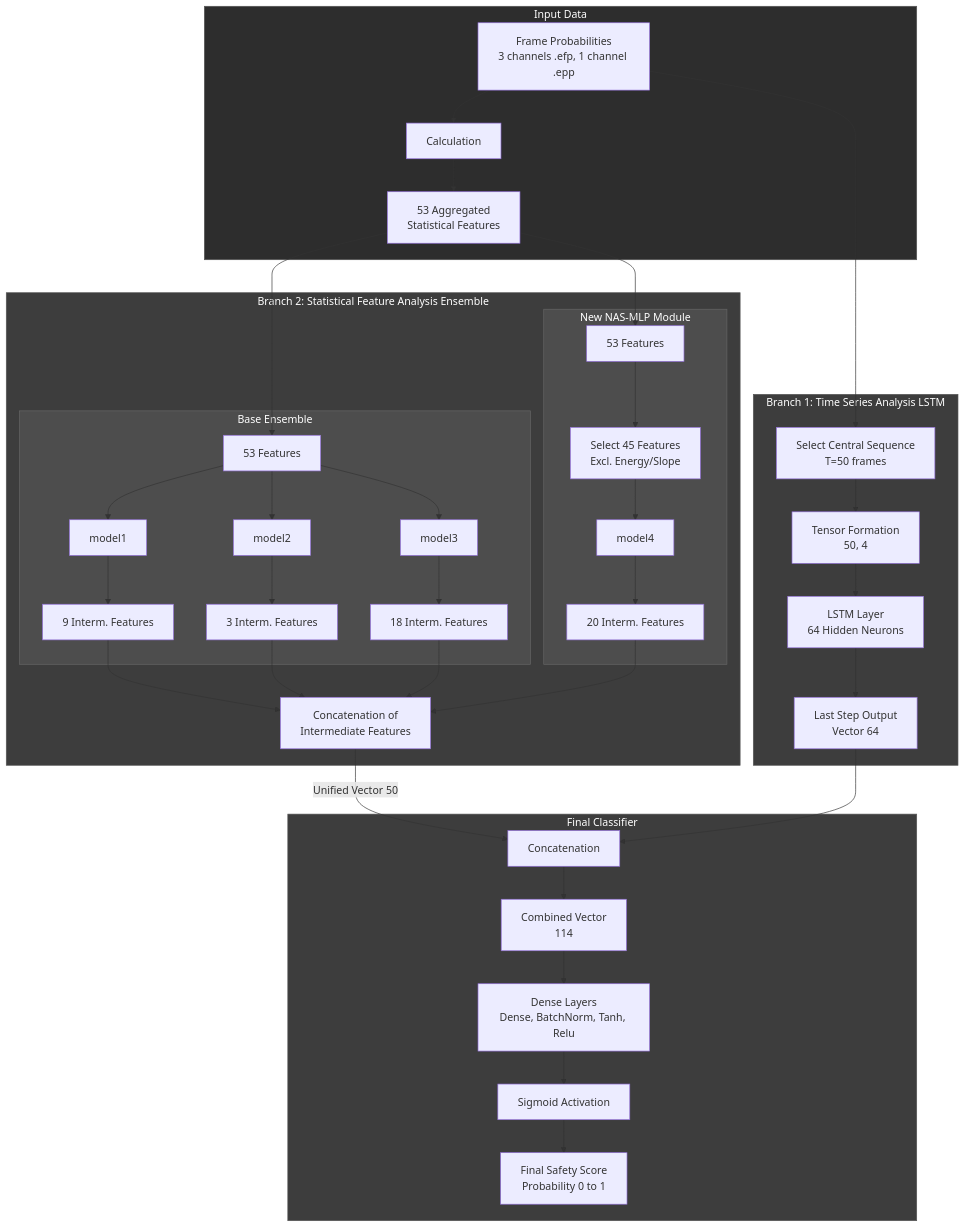
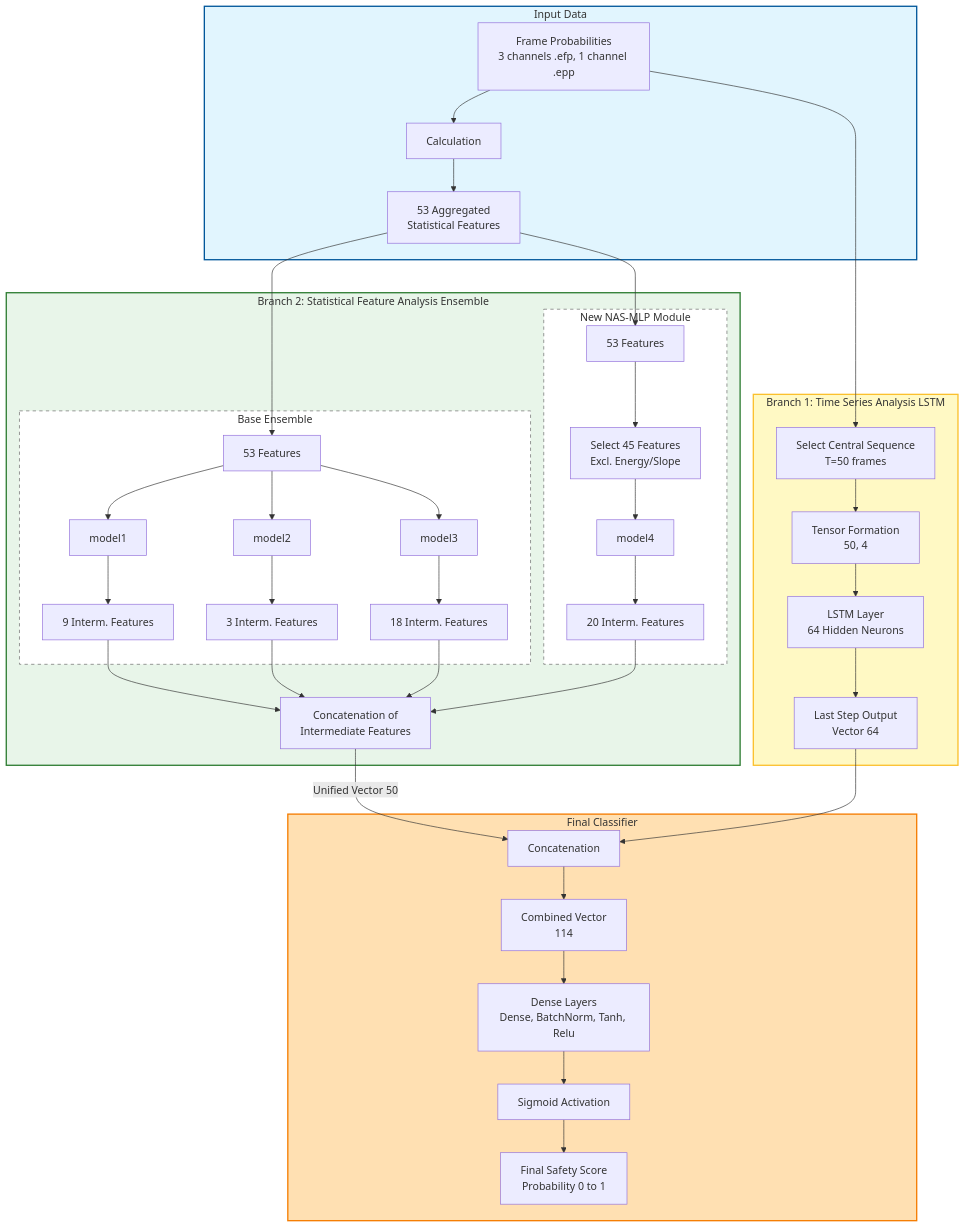
Before and after one commit to EmotionEngineer/EmotionLib: the first of 2 diagrams in README.md, drawn with Mermaid. The commit also changed other lines of this file, not shown here.

````diff
--- a/README.md
+++ b/README.md
@@ -21,53 +30,53 @@
 ```mermaid
 graph TD
     subgraph Input [Input Data]
         A[Frame Probabilities<br/>3 channels .efp, 1 channel .epp] --> B[Calculation]
         B --> C[53 Aggregated<br/>Statistical Features]
     end
 
     subgraph Branch1 [Branch 1: Time Series Analysis LSTM]
         A --> D[Select Central Sequence<br/>T=50 frames]
         D --> E[Tensor Formation<br/>50, 4]
         E --> F[LSTM Layer<br/>64 Hidden Neurons]
         F --> G[Last Step Output<br/>Vector 64]
     end
 
     subgraph Branch2 [Branch 2: Statistical Feature Analysis Ensemble]
         C --> H[53 Features]
         C --> I[53 Features]
         
         subgraph BaseEnsemble [Base Ensemble]
             H --> J1[model1]
             H --> J2[model2]
             H --> J3[model3]
             J1 --> K1[9 Interm. Features]
             J2 --> K2[3 Interm. Features]
             J3 --> K3[18 Interm. Features]
         end
         
         subgraph NewNAS [New NAS-MLP Module]
             I --> L1[Select 45 Features<br/>Excl. Energy/Slope]
             L1 --> L2[model4]
             L2 --> L3[20 Interm. Features]
         end
         
         K1 & K2 & K3 & L3 --> M[Concatenation of<br/>Intermediate Features]
     end
 
     M -- Unified Vector 50 --> N[Concatenation]
     G --> N
     
     subgraph FinalLayer [Final Classifier]
         N --> O[Combined Vector<br/>114]
         O --> P[Dense Layers<br/>Dense, BatchNorm, Tanh, Relu]
         P --> Q[Sigmoid Activation]
         Q --> R[Final Safety Score<br/>Probability 0 to 1]
     end
     
-    style Input fill:#2d2d2d,stroke:#555,color:#fff
-    style Branch1 fill:#3d3d3d,stroke:#555,color:#fff
-    style Branch2 fill:#3d3d3d,stroke:#555,color:#fff
-    style FinalLayer fill:#3d3d3d,stroke:#555,color:#fff
-    style BaseEnsemble fill:#4d4d4d,stroke:#666,color:#fff
-    style NewNAS fill:#4d4d4d,stroke:#666,color:#fff
+    style Input fill:#e1f5fe,stroke:#01579b,stroke-width:2px
+    style Branch1 fill:#fff9c4,stroke:#fbc02d,stroke-width:2px
+    style Branch2 fill:#e8f5e9,stroke:#2e7d32,stroke-width:2px
+    style FinalLayer fill:#ffe0b2,stroke:#f57c00,stroke-width:2px
+    style BaseEnsemble fill:#ffffff,stroke:#666,stroke-dasharray: 5 5
+    style NewNAS fill:#ffffff,stroke:#666,stroke-dasharray: 5 5
 ```
````
